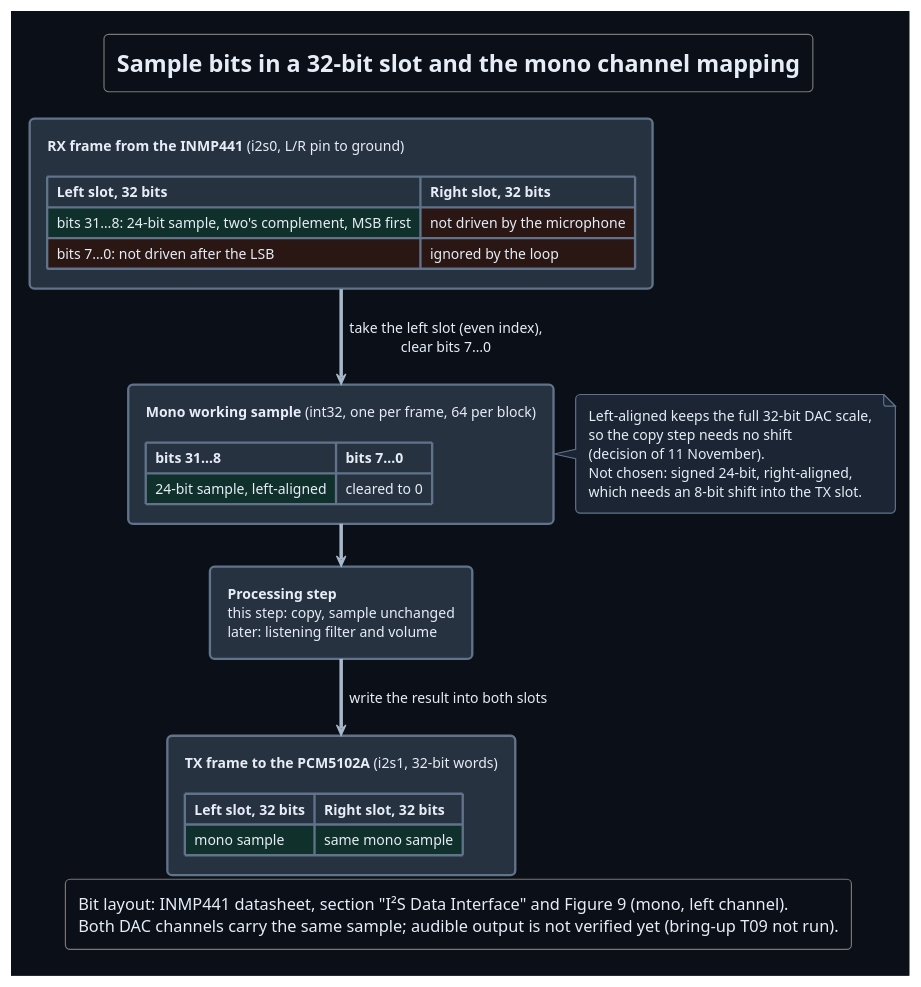
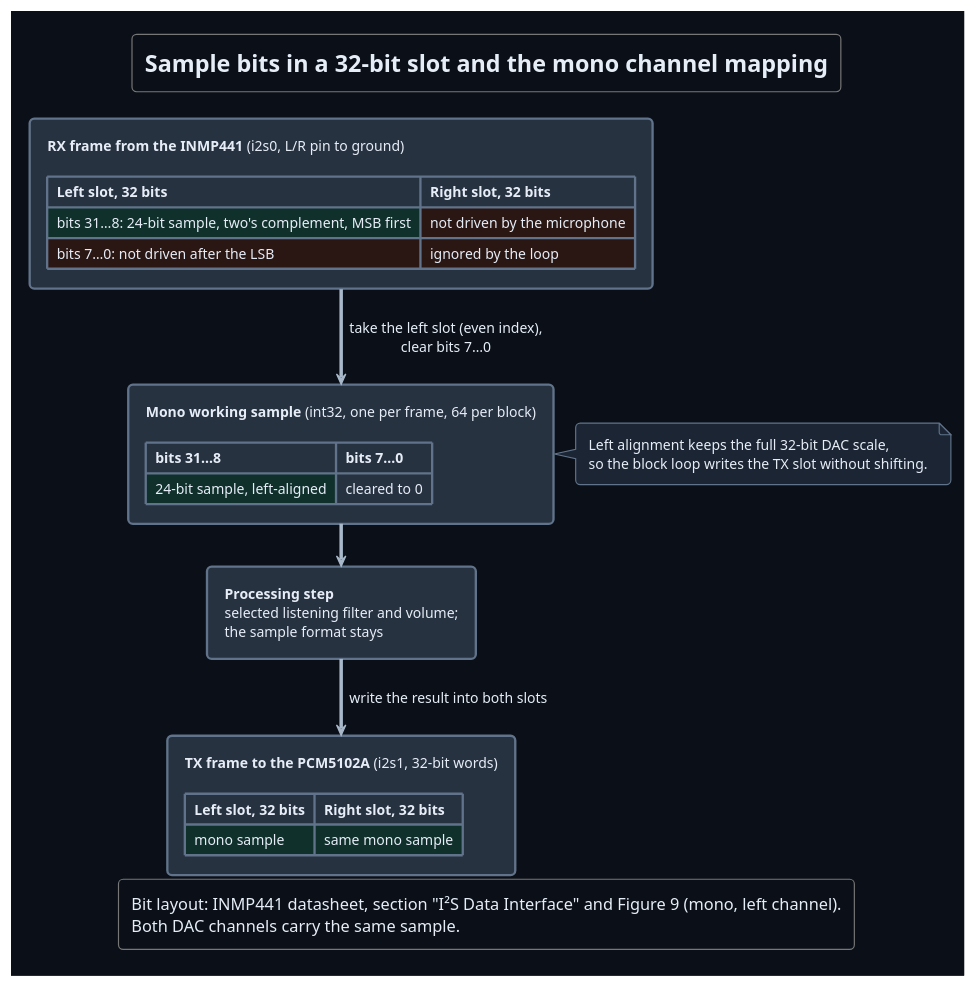
One commit to DemonicPsychoII/DigitalStethoscope changed the diagram in Development/system/design/AUDIO/sample-format.puml. Above: the diagram before and after it, drawn with PlantUML. The commit also changed 181 other files, not shown here.

First line of the commit message:
documentation: state only what is in architecture, design and code documents

```diff
--- a/Development/system/design/AUDIO/sample-format.puml
+++ b/Development/system/design/AUDIO/sample-format.puml
@@ -1,40 +1,37 @@
 @startuml sample_format
 !theme cyborg
 !pragma layout smetana
 skinparam shadowing false
 skinparam defaultFontName SansSerif
 skinparam backgroundColor #0b1018
 skinparam defaultFontColor #e6edf7
 skinparam ArrowColor #a9b8ca
 skinparam ArrowFontColor #e6edf7
 skinparam rectangle {
  BackgroundColor #273241
  BorderColor #61738a
  FontColor #e6edf7
 }
 skinparam note {
  BackgroundColor #1b2533
  BorderColor #61738a
  FontColor #e6edf7
 }
 title Sample bits in a 32-bit slot and the mono channel mapping
 top to bottom direction
 rectangle "**RX frame from the INMP441** (i2s0, L/R pin to ground)\n\n<#273241,#61738a>|= Left slot, 32 bits |= Right slot, 32 bits |\n| <#10302b> bits 31…8: 24-bit sample, two's complement, MSB first | <#2a1714> not driven by the microphone |\n| <#2a1714> bits 7…0: not driven after the LSB | <#2a1714> ignored by the loop |" as receiveFrame
 rectangle "**Mono working sample** (int32, one per frame, 64 per block)\n\n<#273241,#61738a>|= bits 31…8 |= bits 7…0 |\n| <#10302b> 24-bit sample, left-aligned | cleared to 0 |" as monoSample
-rectangle "**Processing step**\nthis step: copy, sample unchanged\nlater: listening filter and volume" as processing
+rectangle "**Processing step**\nselected listening filter and volume;\nthe sample format stays" as processing
 rectangle "**TX frame to the PCM5102A** (i2s1, 32-bit words)\n\n<#273241,#61738a>|= Left slot, 32 bits |= Right slot, 32 bits |\n| <#10302b> mono sample | <#10302b> same mono sample |" as transmitFrame
 receiveFrame --> monoSample : take the left slot (even index),\nclear bits 7…0
 monoSample --> processing
 processing --> transmitFrame : write the result into both slots
 note right of monoSample
-  Left-aligned keeps the full 32-bit DAC scale,
-  so the copy step needs no shift
-  (decision of 11 November).
-  Not chosen: signed 24-bit, right-aligned,
-  which needs an 8-bit shift into the TX slot.
+  Left alignment keeps the full 32-bit DAC scale,
+  so the block loop writes the TX slot without shifting.
 end note
 legend bottom
   Bit layout: INMP441 datasheet, section "I²S Data Interface" and Figure 9 (mono, left channel).
-  Both DAC channels carry the same sample; audible output is not verified yet (bring-up T09 not run).
+  Both DAC channels carry the same sample.
 endlegend
 @enduml
```
